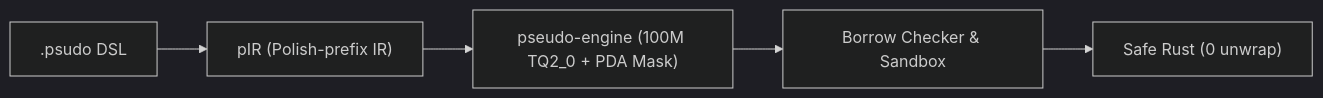
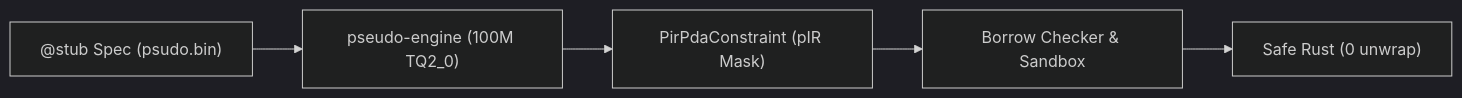
Before and after one commit to steveSujo/psudo: the diagram in README.md, drawn with Mermaid (dark theme). The commit also changed other lines of this file, not shown here.

````diff
--- a/README.md
+++ b/README.md
@@ -7,7 +45,7 @@
 ```mermaid
 flowchart LR
-    A[".psudo DSL"] --> B["pIR (Polish-prefix IR)"]
-    B --> C["pseudo-engine (100M TQ2_0 + PDA Mask)"]
+    A["@stub Spec (psudo.bin)"] --> B["pseudo-engine (100M TQ2_0)"]
+    B --> C["PirPdaConstraint (pIR Mask)"]
     C --> D["Borrow Checker & Sandbox"]
     D --> E["Safe Rust (0 unwrap)"]
 ```
````
